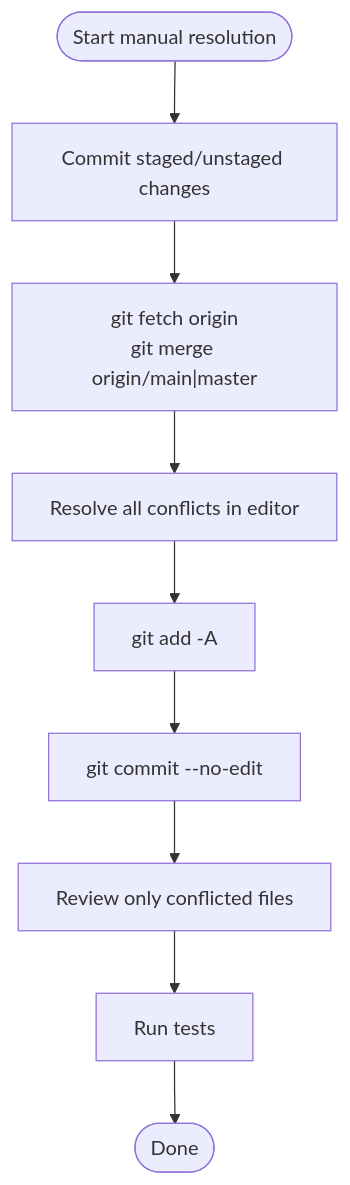
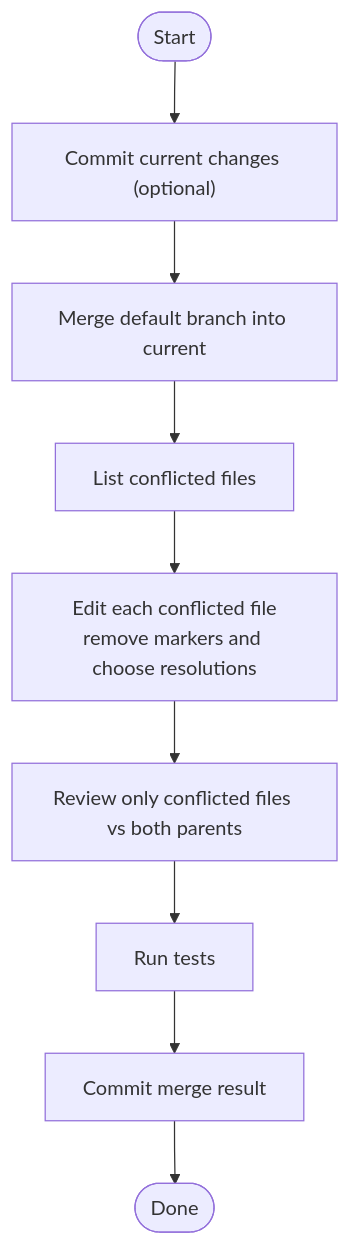
The sixth of 8 diagrams in .qoder/repowiki/en/content/Git Integration/Conflict Resolution.md (bramburn/agtx), drawn with Mermaid before and after one commit. The commit also changed other lines of this file and 140 other files, not shown here.

````diff
--- a/.qoder/repowiki/en/content/Git Integration/Conflict Resolution.md
+++ b/.qoder/repowiki/en/content/Git Integration/Conflict Resolution.md
@@ -222,11 +221,11 @@
 ```mermaid
 flowchart TD
-Start(["Start manual resolution"]) --> Commit["Commit staged/unstaged changes"]
-Commit --> FetchMerge["git fetch origin<br/>git merge origin/main|master"]
-FetchMerge --> Resolve["Resolve all conflicts in editor"]
-Resolve --> Stage["git add -A"]
-Stage --> CommitMerge["git commit --no-edit"]
-CommitMerge --> Verify["Review only conflicted files"]
-Verify --> Test["Run tests"]
-Test --> Done(["Done"])
+S(["Start"]) --> Commit["Commit current changes (optional)"]
+Commit --> Merge["Merge default branch into current"]
+Merge --> List["List conflicted files"]
+List --> Edit["Edit each conflicted file<br/>remove markers and choose resolutions"]
+Edit --> Diff["Review only conflicted files vs both parents"]
+Diff --> Test["Run tests"]
+Test --> FinalCommit["Commit merge result"]
+FinalCommit --> End(["Done"])
 ```
````
